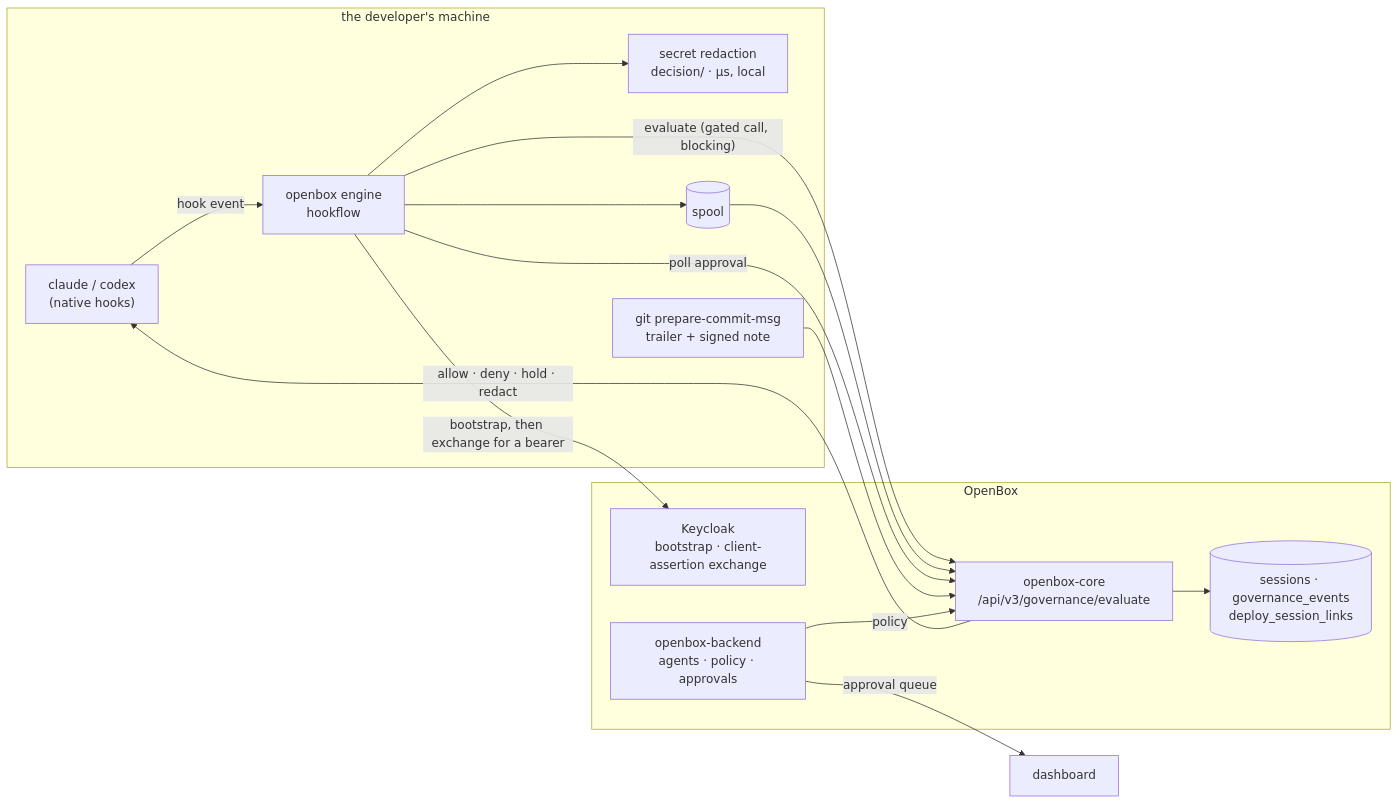
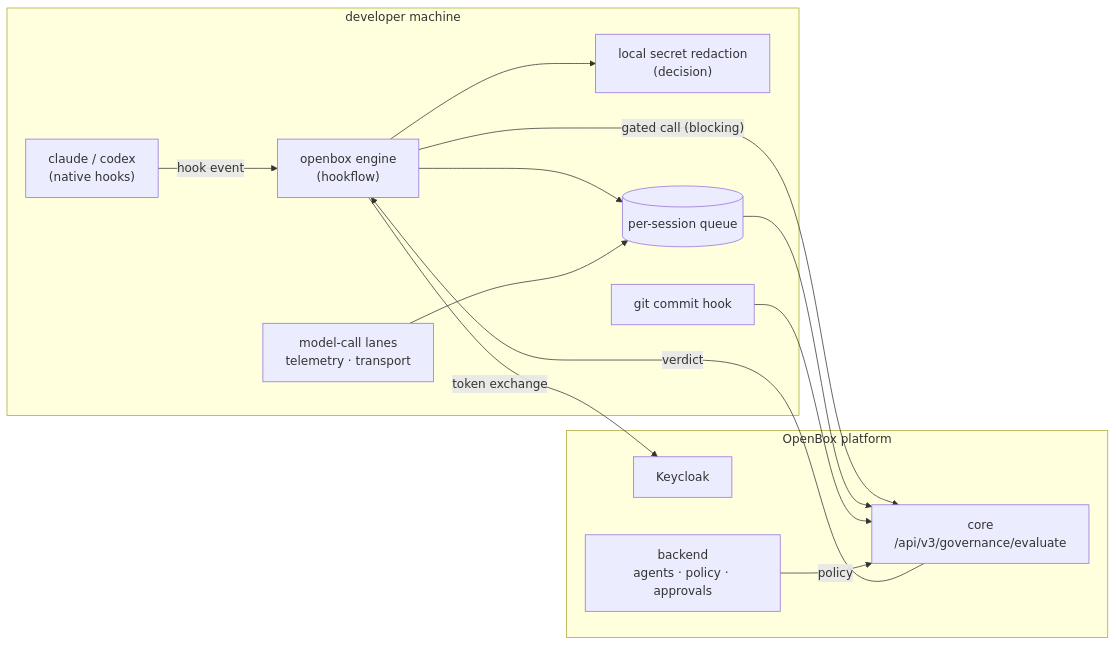
Before and after one commit to OpenBox-AI/openbox-shift-left: the diagram in docs/architecture.md, drawn with Mermaid. The commit also changed other lines of this file and 16 other files, not shown here.

````diff
--- a/docs/architecture.md
+++ b/docs/architecture.md
@@ -8,26 +8,25 @@
 ```mermaid
 flowchart LR
-  subgraph TOOL["the developer's machine"]
-    CC["claude / codex<br/>(native hooks)"]
-    ENG["openbox engine<br/>hookflow"]
-    RED["secret redaction<br/>decision/ · µs, local"]
-    SPOOL[("spool")]
-    GIT["git prepare-commit-msg<br/>trailer + signed note"]
+  subgraph DEV["developer machine"]
+    TOOL["claude / codex<br/>(native hooks)"]
+    ENG["openbox engine<br/>(hookflow)"]
+    RED["local secret redaction<br/>(decision)"]
+    Q[("per-session queue")]
+    LANES["model-call lanes<br/>telemetry · transport"]
+    GIT["git commit hook"]
   end
-  subgraph OPENBOX["OpenBox"]
-    KC["Keycloak<br/>bootstrap · client-assertion exchange"]
-    CORE["openbox-core<br/>/api/v3/governance/evaluate"]
-    BE["openbox-backend<br/>agents · policy · approvals"]
-    DB[("sessions · governance_events<br/>deploy_session_links")]
+  subgraph OB["OpenBox platform"]
+    KC["Keycloak"]
+    CORE["core<br/>/api/v3/governance/evaluate"]
+    BE["backend<br/>agents · policy · approvals"]
   end
-  CC -- "hook event" --> ENG
+  TOOL -- "hook event" --> ENG
   ENG --> RED
-  ENG -- "bootstrap, then exchange for a bearer" --> KC
-  ENG -- "evaluate (gated call, blocking)" --> CORE
-  CORE -- "allow · deny · hold · redact" --> CC
-  ENG --> SPOOL --> CORE --> DB
-  ENG -- "poll approval" --> CORE
+  ENG -- "gated call (blocking)" --> CORE
+  CORE -- "verdict" --> ENG
+  ENG --> Q --> CORE
+  LANES --> Q
   GIT --> CORE
+  ENG -- "token exchange" --> KC
   BE -- "policy" --> CORE
-  BE -- "approval queue" --> DASH["dashboard"]
 ```
````
